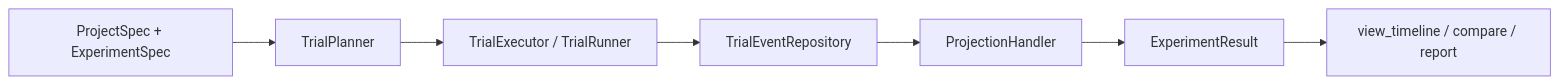
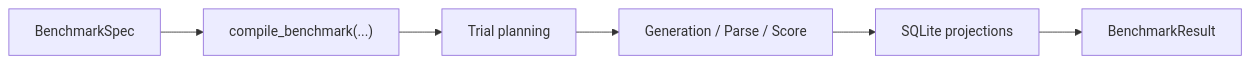
One commit to Pittawat2542/themis changed the diagram in docs/index.md. Above: the diagram before and after it, drawn with Mermaid. The commit also changed other lines of this file and 144 other files, not shown here.

First line of the commit message:
feat!: BenchmarkSpec (#15)

````diff
--- a/docs/index.md
+++ b/docs/index.md
@@ -61,9 +13,8 @@
 ```mermaid
 flowchart LR
-    A["ProjectSpec + ExperimentSpec"] --> B["TrialPlanner"]
-    B --> C["TrialExecutor / TrialRunner"]
-    C --> D["TrialEventRepository"]
-    D --> E["ProjectionHandler"]
-    E --> F["ExperimentResult"]
-    F --> G["view_timeline / compare / report"]
+    A["BenchmarkSpec"] --> B["compile_benchmark(...)"]
+    B --> C["Trial planning"]
+    C --> D["Generation / Parse / Score"]
+    D --> E["SQLite projections"]
+    E --> F["BenchmarkResult"]
 ```
````
